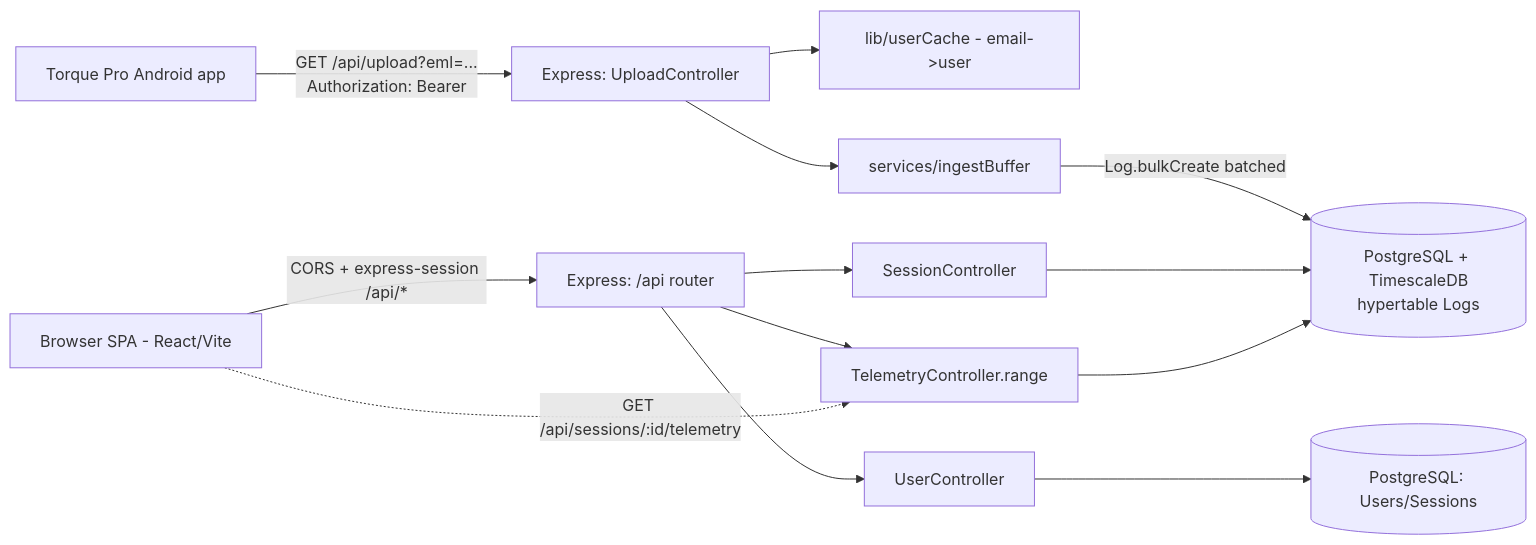
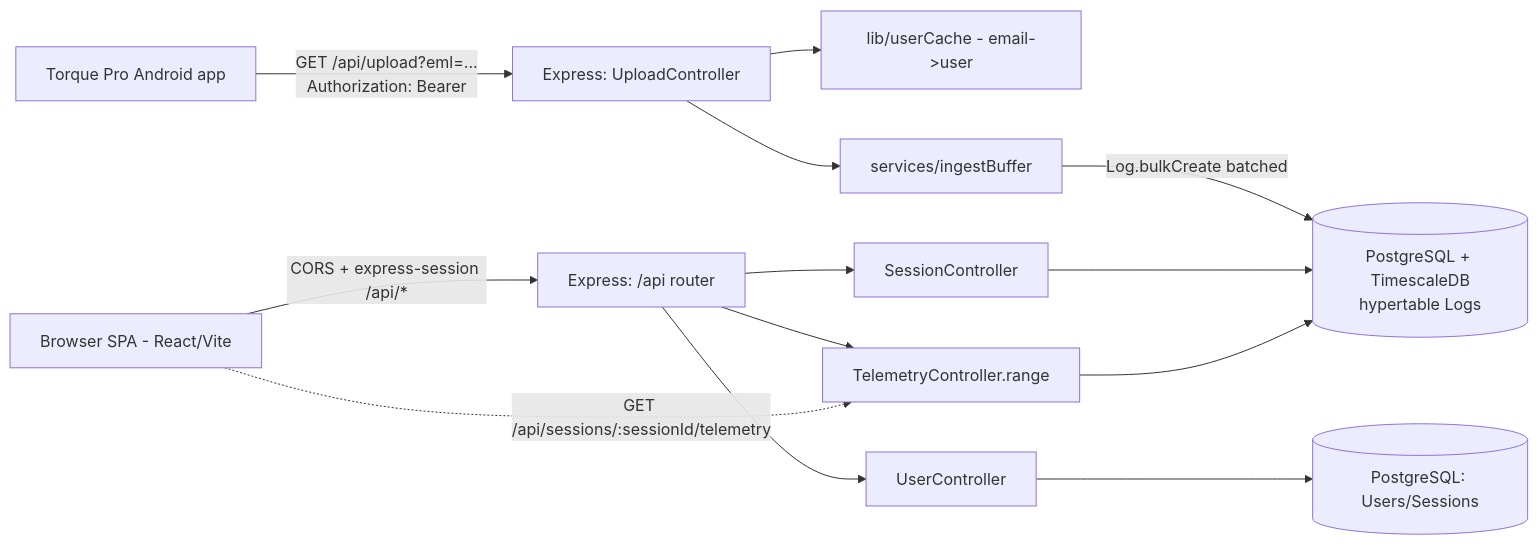
Before and after one commit to moesix/torque-dash-next: the diagram in docs/architecture.md, drawn with Mermaid. The commit also changed other lines of this file and 22 other files, not shown here.

````diff
--- a/docs/architecture.md
+++ b/docs/architecture.md
@@ -20,18 +20,18 @@
 ```mermaid
 flowchart LR
     TP[Torque Pro Android app] -->|GET /api/upload?eml=...<br/>Authorization: Bearer| ING[Express: UploadController]
     BR[Browser SPA - React/Vite] -->|CORS + express-session /api/*| API[Express: /api router]
 
     ING --> UC[lib/userCache - email->user]
     ING --> IB[services/ingestBuffer]
     IB -->|Log.bulkCreate batched| DB[(PostgreSQL + TimescaleDB<br/>hypertable Logs)]
 
     API --> SC[SessionController]
     API --> TC[TelemetryController.range]
     API --> USR[UserController]
     SC --> DB
     TC --> DB
     USR --> UDB[(PostgreSQL: Users/Sessions)]
 
-    BR -.->|GET /api/sessions/:id/telemetry| TC
+    BR -.->|GET /api/sessions/:sessionId/telemetry| TC
 ```
````
